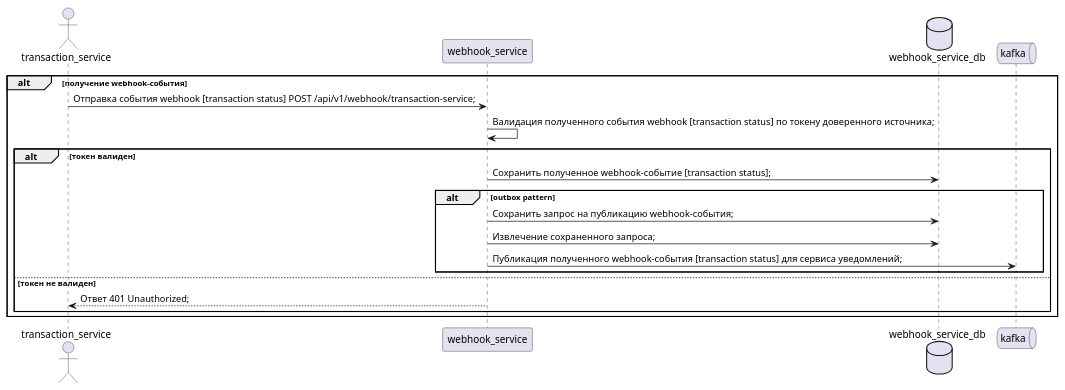
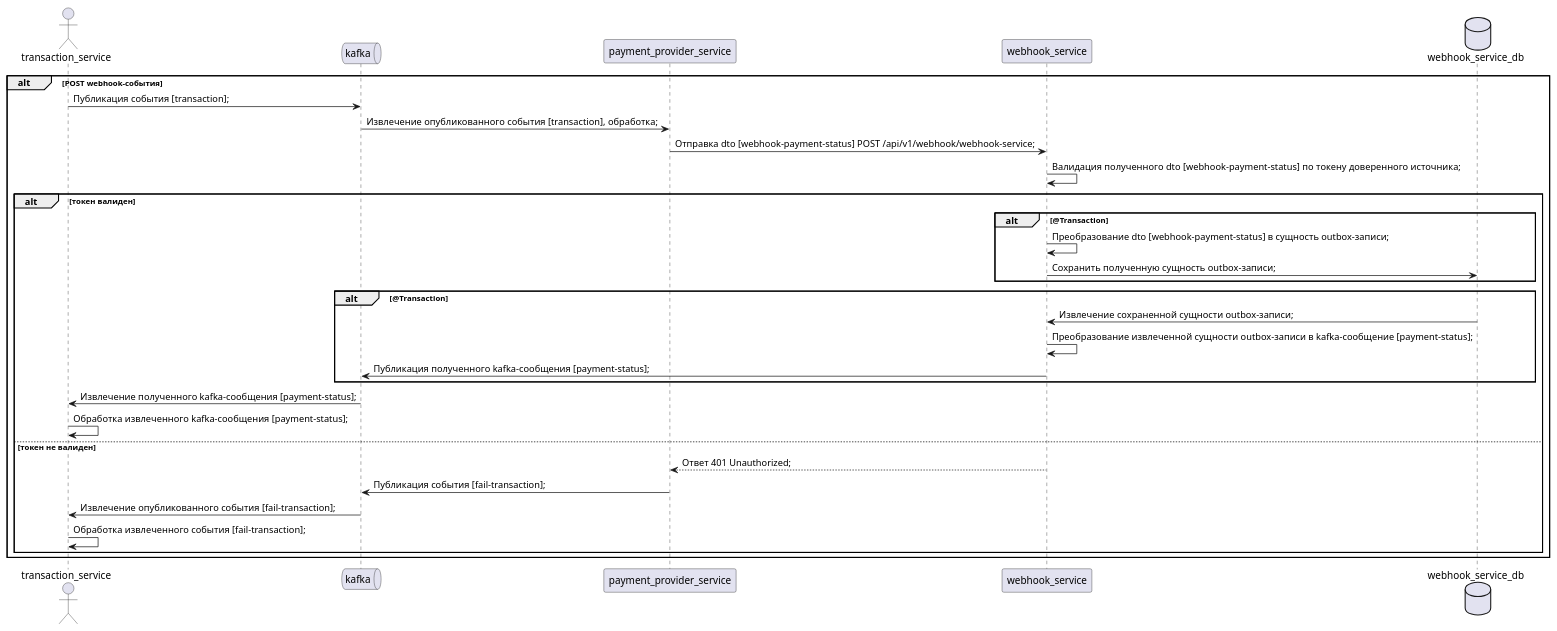
The diagram in diagrams/webhook-sevice-interaction/post_webhook_uml.puml (U-235-92/payment-system), drawn with PlantUML before and after one commit. The commit also changed 1 other file, not shown here.

Commit message:
Module #7. V04_11_2026 [diagrams]. Updated diagrams.

```diff
--- a/diagrams/webhook-sevice-interaction/post_webhook_uml.puml
+++ b/diagrams/webhook-sevice-interaction/post_webhook_uml.puml
@@ -1,28 +1,44 @@
 @startuml
 
 actor transaction_service
+queue kafka
+participant payment_provider_service
 participant webhook_service
 database webhook_service_db
-queue kafka
 
-alt получение webhook-события
-	transaction_service -> webhook_service : Отправка события webhook [transaction status] POST /api/v1/webhook/transaction-service;
-	webhook_service -> webhook_service : Валидация полученного события webhook [transaction status] по токену доверенного источника;
+alt POST webhook-события
+
+	transaction_service -> kafka : Публикация события [transaction];
+	payment_provider_service <- kafka : Извлечение опубликованного события [transaction], обработка;
+	payment_provider_service -> webhook_service : Отправка dto [webhook-payment-status] POST /api/v1/webhook/webhook-service;
+	
+	webhook_service -> webhook_service : Валидация полученного dto [webhook-payment-status] по токену доверенного источника;
 	
 	alt токен валиден
-		webhook_service -> webhook_service_db : Сохранить полученное webhook-событие [transaction status];
+			
+		alt @Transaction
 		
-		alt outbox pattern
-			webhook_service -> webhook_service_db : Сохранить запрос на публикацию webhook-события;
-			webhook_service -> webhook_service_db : Извлечение сохраненного запроса;
-			webhook_service -> kafka : Публикация полученного webhook-события [transaction status] для сервиса уведомлений;
+			webhook_service -> webhook_service : Преобразование dto [webhook-payment-status] в сущность outbox-записи;
+			webhook_service -> webhook_service_db : Сохранить полученную сущность outbox-записи;
+		end
+
+		alt @Transaction
+		
+			webhook_service <- webhook_service_db : Извлечение сохраненной сущности outbox-записи;
+			webhook_service -> webhook_service : Преобразование извлеченной сущности outbox-записи в kafka-сообщение [payment-status];
+			webhook_service -> kafka : Публикация полученного kafka-сообщения [payment-status];
 		end
 		
+		transaction_service <- kafka : Извлечение полученного kafka-сообщения [payment-status];
+		transaction_service -> transaction_service : Обработка извлеченного kafka-сообщения [payment-status];
+		
 	else токен не валиден
-		webhook_service --> transaction_service : Ответ 401 Unauthorized;
+	
+		webhook_service --> payment_provider_service : Ответ 401 Unauthorized;
+		payment_provider_service -> kafka : Публикация события [fail-transaction];
+		transaction_service <- kafka : Извлечение опубликованного события [fail-transaction];
+		transaction_service -> transaction_service : Обработка извлеченного события [fail-transaction];
 	end
-
 end
 
-
 @enduml
```
